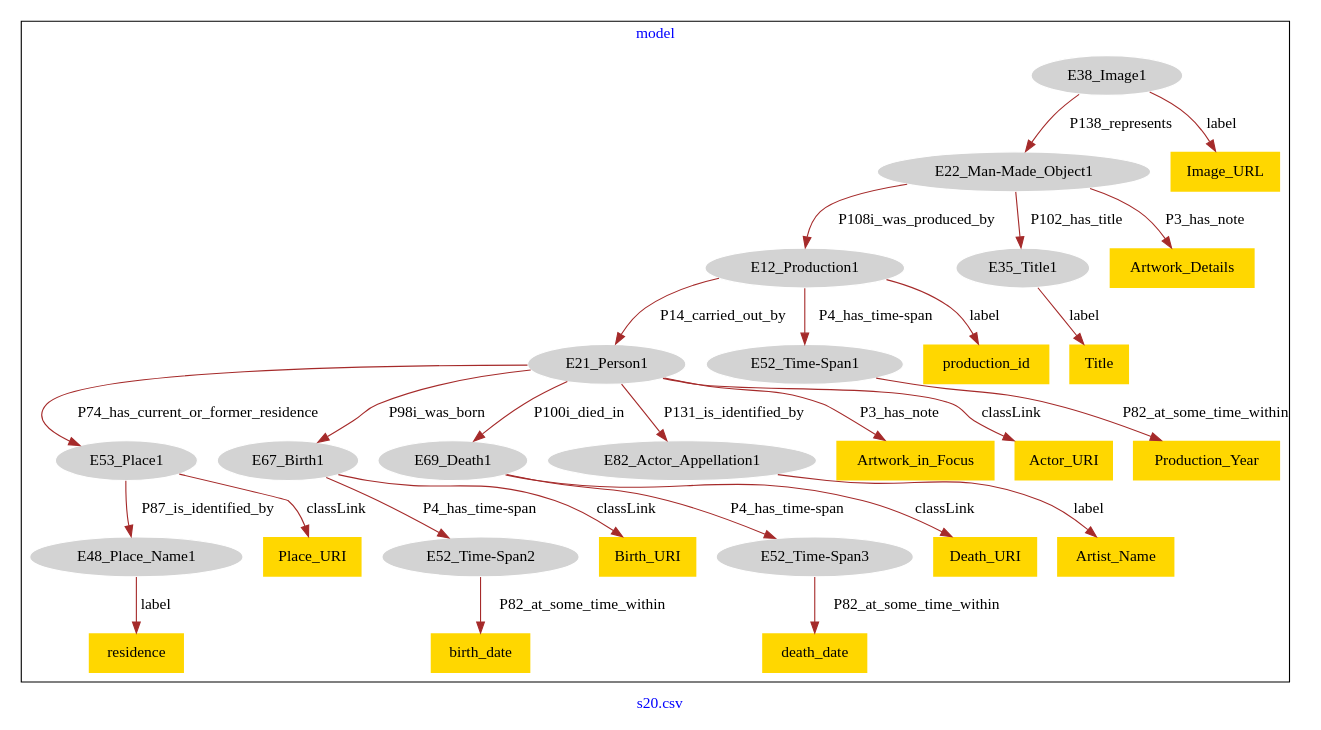
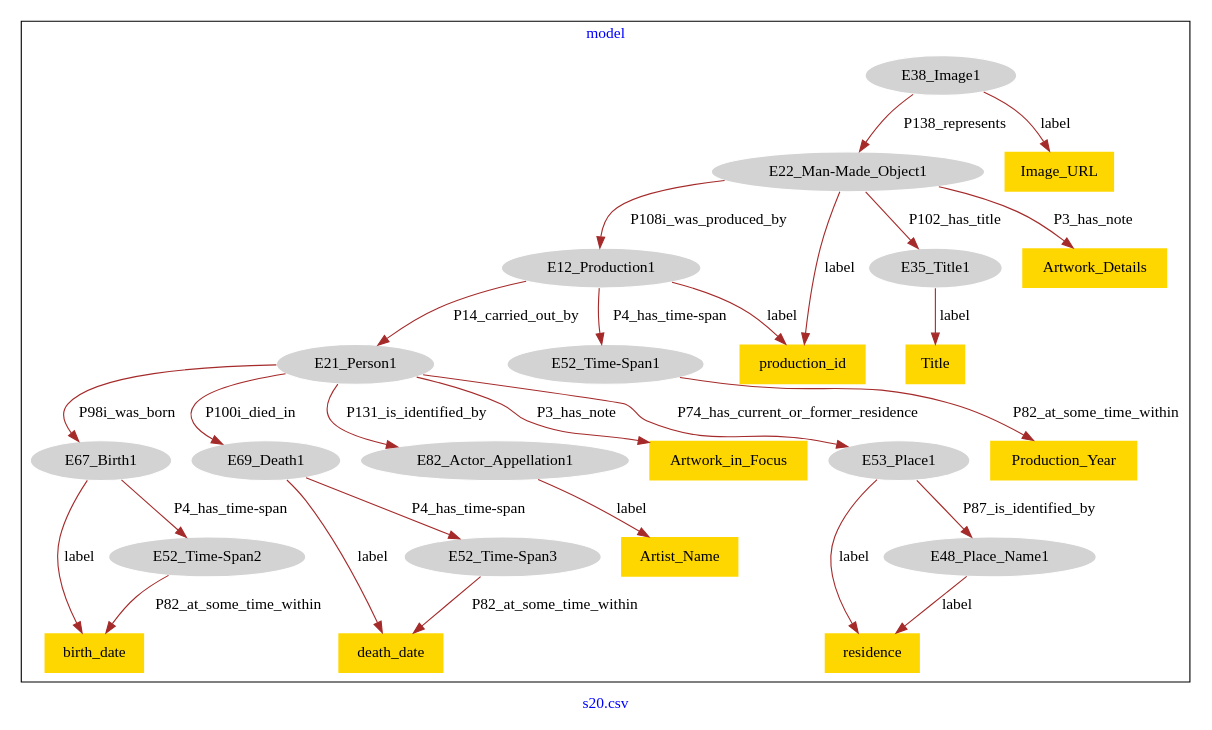
The diagram in DataSets/museum-crm/models-graphviz/s20.csv.model.dot (Zaiwen/ModelCorrection_Jiakang_XU), drawn with Graphviz before and after one commit. The commit also changed 67 other files, not shown here.

```diff
--- a/DataSets/museum-crm/models-graphviz/s20.csv.model.dot
+++ b/DataSets/museum-crm/models-graphviz/s20.csv.model.dot
@@ -1,61 +1,57 @@
 digraph n0 {
 fontcolor="blue"
 remincross="true"
 label="s20.csv"
 subgraph cluster {
 label="model"
 n2[style="filled",color="white",fillcolor="lightgray",label="E12_Production1"];
 n3[style="filled",color="white",fillcolor="lightgray",label="E21_Person1"];
 n4[style="filled",color="white",fillcolor="lightgray",label="E52_Time-Span1"];
 n5[style="filled",color="white",fillcolor="lightgray",label="E53_Place1"];
 n6[style="filled",color="white",fillcolor="lightgray",label="E67_Birth1"];
 n7[style="filled",color="white",fillcolor="lightgray",label="E69_Death1"];
 n8[style="filled",color="white",fillcolor="lightgray",label="E82_Actor_Appellation1"];
 n9[style="filled",color="white",fillcolor="lightgray",label="E22_Man-Made_Object1"];
 n10[style="filled",color="white",fillcolor="lightgray",label="E35_Title1"];
 n11[style="filled",color="white",fillcolor="lightgray",label="E38_Image1"];
 n12[style="filled",color="white",fillcolor="lightgray",label="E48_Place_Name1"];
 n13[style="filled",color="white",fillcolor="lightgray",label="E52_Time-Span2"];
 n14[style="filled",color="white",fillcolor="lightgray",label="E52_Time-Span3"];
-n15[shape="plaintext",style="filled",fillcolor="gold",label="Birth_URI"];
+n15[shape="plaintext",style="filled",fillcolor="gold",label="Artist_Name"];
 n16[shape="plaintext",style="filled",fillcolor="gold",label="production_id"];
-n17[shape="plaintext",style="filled",fillcolor="gold",label="Artwork_in_Focus"];
-n18[shape="plaintext",style="filled",fillcolor="gold",label="Place_URI"];
-n19[shape="plaintext",style="filled",fillcolor="gold",label="Image_URL"];
-n20[shape="plaintext",style="filled",fillcolor="gold",label="birth_date"];
-n21[shape="plaintext",style="filled",fillcolor="gold",label="Artist_Name"];
-n22[shape="plaintext",style="filled",fillcolor="gold",label="Actor_URI"];
-n23[shape="plaintext",style="filled",fillcolor="gold",label="residence"];
-n24[shape="plaintext",style="filled",fillcolor="gold",label="Death_URI"];
-n25[shape="plaintext",style="filled",fillcolor="gold",label="Title"];
-n26[shape="plaintext",style="filled",fillcolor="gold",label="Artwork_Details"];
-n27[shape="plaintext",style="filled",fillcolor="gold",label="death_date"];
-n28[shape="plaintext",style="filled",fillcolor="gold",label="Production_Year"];
+n17[shape="plaintext",style="filled",fillcolor="gold",label="Image_URL"];
+n18[shape="plaintext",style="filled",fillcolor="gold",label="Artwork_in_Focus"];
+n19[shape="plaintext",style="filled",fillcolor="gold",label="Artwork_Details"];
+n20[shape="plaintext",style="filled",fillcolor="gold",label="Title"];
+n21[shape="plaintext",style="filled",fillcolor="gold",label="Production_Year"];
+n22[shape="plaintext",style="filled",fillcolor="gold",label="death_date"];
+n23[shape="plaintext",style="filled",fillcolor="gold",label="birth_date"];
+n24[shape="plaintext",style="filled",fillcolor="gold",label="residence"];
 }
 n2 -> n3[color="brown",fontcolor="black",label="P14_carried_out_by"]
 n2 -> n4[color="brown",fontcolor="black",label="P4_has_time-span"]
 n3 -> n5[color="brown",fontcolor="black",label="P74_has_current_or_former_residence"]
 n3 -> n6[color="brown",fontcolor="black",label="P98i_was_born"]
 n3 -> n7[color="brown",fontcolor="black",label="P100i_died_in"]
 n3 -> n8[color="brown",fontcolor="black",label="P131_is_identified_by"]
 n9 -> n2[color="brown",fontcolor="black",label="P108i_was_produced_by"]
 n9 -> n10[color="brown",fontcolor="black",label="P102_has_title"]
 n11 -> n9[color="brown",fontcolor="black",label="P138_represents"]
 n5 -> n12[color="brown",fontcolor="black",label="P87_is_identified_by"]
 n6 -> n13[color="brown",fontcolor="black",label="P4_has_time-span"]
 n7 -> n14[color="brown",fontcolor="black",label="P4_has_time-span"]
-n6 -> n15[color="brown",fontcolor="black",label="classLink"]
+n8 -> n15[color="brown",fontcolor="black",label="label"]
 n2 -> n16[color="brown",fontcolor="black",label="label"]
-n3 -> n17[color="brown",fontcolor="black",label="P3_has_note"]
-n5 -> n18[color="brown",fontcolor="black",label="classLink"]
-n11 -> n19[color="brown",fontcolor="black",label="label"]
-n13 -> n20[color="brown",fontcolor="black",label="P82_at_some_time_within"]
-n8 -> n21[color="brown",fontcolor="black",label="label"]
-n3 -> n22[color="brown",fontcolor="black",label="classLink"]
-n12 -> n23[color="brown",fontcolor="black",label="label"]
-n7 -> n24[color="brown",fontcolor="black",label="classLink"]
-n10 -> n25[color="brown",fontcolor="black",label="label"]
-n9 -> n26[color="brown",fontcolor="black",label="P3_has_note"]
-n14 -> n27[color="brown",fontcolor="black",label="P82_at_some_time_within"]
-n4 -> n28[color="brown",fontcolor="black",label="P82_at_some_time_within"]
+n11 -> n17[color="brown",fontcolor="black",label="label"]
+n3 -> n18[color="brown",fontcolor="black",label="P3_has_note"]
+n9 -> n19[color="brown",fontcolor="black",label="P3_has_note"]
+n10 -> n20[color="brown",fontcolor="black",label="label"]
+n4 -> n21[color="brown",fontcolor="black",label="P82_at_some_time_within"]
+n7 -> n22[color="brown",fontcolor="black",label="label"]
+n6 -> n23[color="brown",fontcolor="black",label="label"]
+n5 -> n24[color="brown",fontcolor="black",label="label"]
+n13 -> n23[color="brown",fontcolor="black",label="P82_at_some_time_within"]
+n9 -> n16[color="brown",fontcolor="black",label="label"]
+n14 -> n22[color="brown",fontcolor="black",label="P82_at_some_time_within"]
+n12 -> n24[color="brown",fontcolor="black",label="label"]
 }
```
